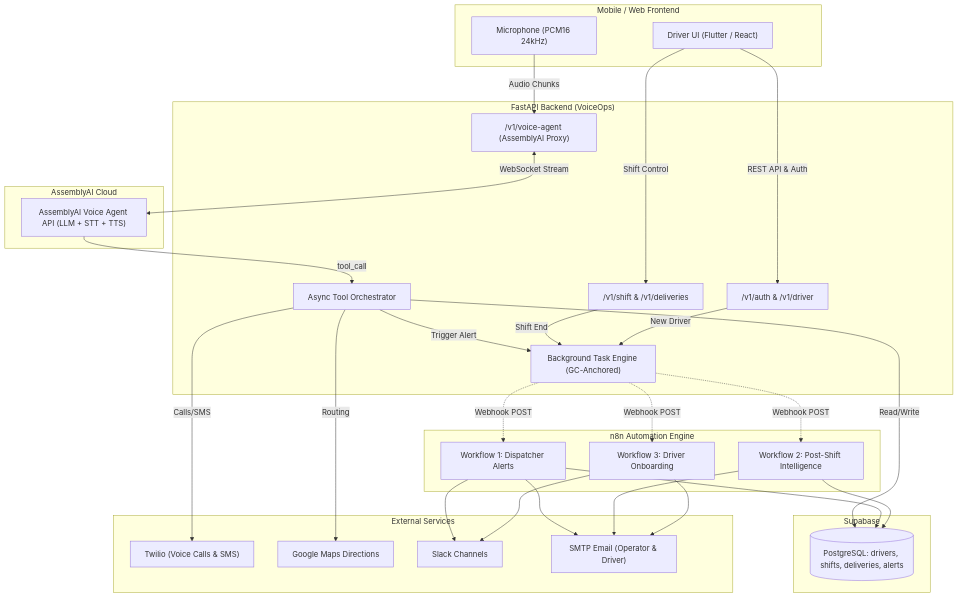
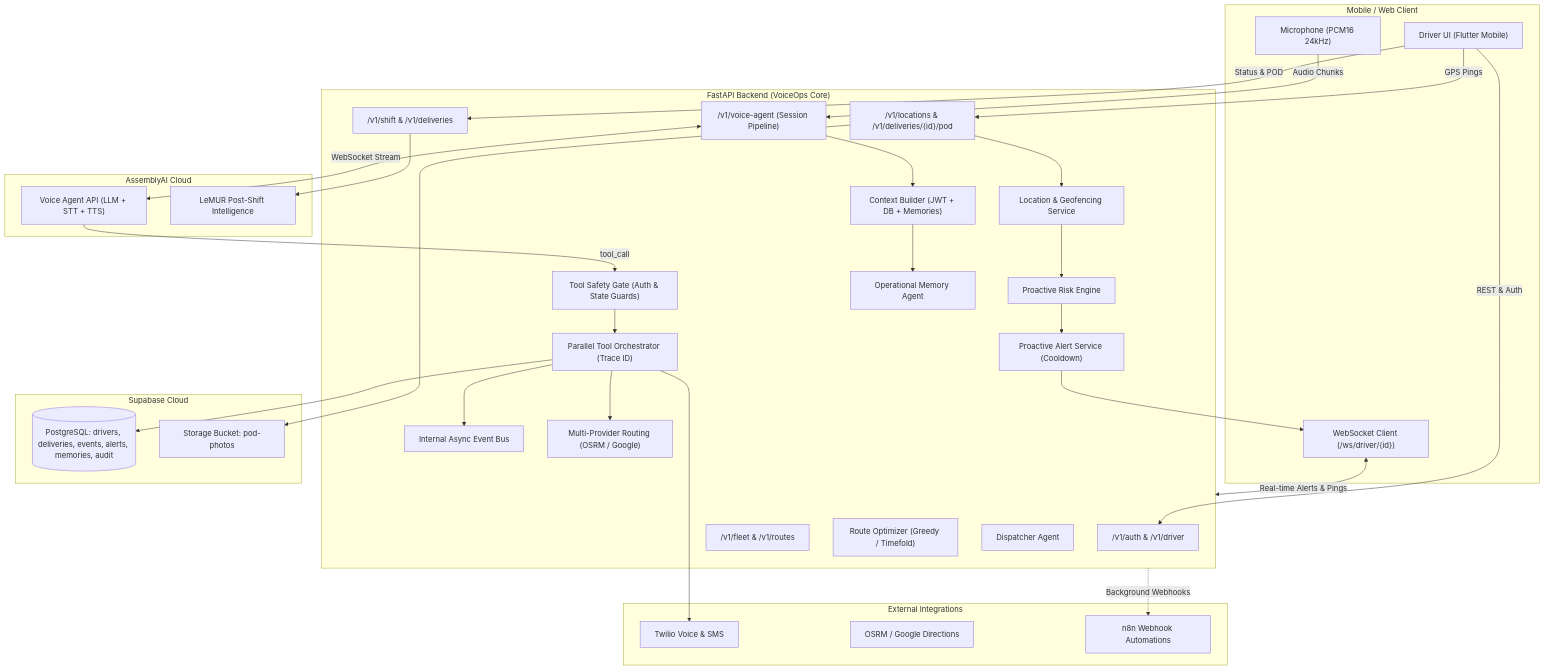
The diagram in voiceops-backend/README.md (MI-TECHDLIN/kora), drawn with Mermaid before and after one commit. The commit also changed other lines of this file and 36 other files, not shown here.

First line of the commit message:
feat(backend): implement Milestones 1-5 for VoiceOps platform

````diff
--- a/voiceops-backend/README.md
+++ b/voiceops-backend/README.md
@@ -22,56 +22,65 @@
 ```mermaid
 graph TD
-    subgraph Frontend["Mobile / Web Frontend"]
-        DriverUI["Driver UI (Flutter / React)"]
+    subgraph Frontend["Mobile / Web Client"]
+        DriverUI["Driver UI (Flutter Mobile)"]
         Mic["Microphone (PCM16 24kHz)"]
+        WSClient["WebSocket Client (/ws/driver/{id})"]
     end
 
-    subgraph Backend["FastAPI Backend (VoiceOps)"]
+    subgraph Backend["FastAPI Backend (VoiceOps Core)"]
         AuthAPI["/v1/auth & /v1/driver"]
         ShiftAPI["/v1/shift & /v1/deliveries"]
-        VoiceAgent["/v1/voice-agent (AssemblyAI Proxy)"]
-        ToolRunner["Async Tool Orchestrator"]
-        BGTasks["Background Task Engine (GC-Anchored)"]
+        LocationsAPI["/v1/locations & /v1/deliveries/{id}/pod"]
+        FleetAPI["/v1/fleet & /v1/routes"]
+        VoiceAgent["/v1/voice-agent (Session Pipeline)"]
+        ContextBuilder["Context Builder (JWT + DB + Memories)"]
+        SafetyGate["Tool Safety Gate (Auth & State Guards)"]
+        ToolRunner["Parallel Tool Orchestrator (Trace ID)"]
+        EventBus["Internal Async Event Bus"]
+        LocationIntel["Location & Geofencing Service"]
+        RiskEngine["Proactive Risk Engine"]
+        AlertService["Proactive Alert Service (Cooldown)"]
+        RoutingService["Multi-Provider Routing (OSRM / Google)"]
+        OptimizationService["Route Optimizer (Greedy / Timefold)"]
+        MemoryAgent["Operational Memory Agent"]
+        DispatcherAgent["Dispatcher Agent"]
     end
 
     subgraph VoiceAI["AssemblyAI Cloud"]
-        AAI_Agent["AssemblyAI Voice Agent API (LLM + STT + TTS)"]
+        AAI_Agent["Voice Agent API (LLM + STT + TTS)"]
+        LeMUR["LeMUR Post-Shift Intelligence"]
     end
 
-    subgraph DB["Supabase"]
-        SupaDB[("PostgreSQL: drivers, shifts, deliveries, alerts")]
+    subgraph Storage["Supabase Cloud"]
+        SupaDB[("PostgreSQL: drivers, deliveries, events, alerts, memories, audit")]
+        SupaStorage["Storage Bucket: pod-photos"]
     end
 
-    subgraph Automation["n8n Automation Engine"]
-        W1["Workflow 1: Dispatcher Alerts"]
-        W2["Workflow 2: Post-Shift Intelligence"]
-        W3["Workflow 3: Driver Onboarding"]
+    subgraph External["External Integrations"]
+        Twilio["Twilio Voice & SMS"]
+        OSRM["OSRM / Google Directions"]
+        n8n["n8n Webhook Automations"]
     end
 
-    subgraph External["External Services"]
-        Twilio["Twilio (Voice Calls & SMS)"]
-        GMaps["Google Maps Directions"]
-        Slack["Slack Channels"]
-        Email["SMTP Email (Operator & Driver)"]
-    end
-
-    DriverUI -->|REST API & Auth| AuthAPI
-    DriverUI -->|Shift Control| ShiftAPI
+    DriverUI -->|REST & Auth| AuthAPI
+    DriverUI -->|Status & POD| ShiftAPI
+    DriverUI -->|GPS Pings| LocationsAPI
+    WSClient <-->|Real-time Alerts & Pings| Backend
     Mic -->|Audio Chunks| VoiceAgent
+    VoiceAgent --> ContextBuilder
+    ContextBuilder --> MemoryAgent
     VoiceAgent <-->|WebSocket Stream| AAI_Agent
-    AAI_Agent -->|tool_call| ToolRunner
-    ToolRunner -->|Read/Write| SupaDB
-    ToolRunner -->|Calls/SMS| Twilio
-    ToolRunner -->|Routing| GMaps
-    ToolRunner -->|Trigger Alert| BGTasks
-    ShiftAPI -->|Shift End| BGTasks
-    AuthAPI -->|New Driver| BGTasks
-
-    BGTasks -.->|Webhook POST| W1
-    BGTasks -.->|Webhook POST| W2
-    BGTasks -.->|Webhook POST| W3
-
-    W1 --> Slack & Email & SupaDB
-    W2 --> Email & SupaDB
-    W3 --> Email & Slack
+    AAI_Agent -->|tool_call| SafetyGate
+    SafetyGate --> ToolRunner
+    ToolRunner --> SupaDB
+    ToolRunner --> EventBus
+    ToolRunner --> Twilio
+    ToolRunner --> RoutingService
+    LocationsAPI --> LocationIntel
+    LocationIntel --> RiskEngine
+    RiskEngine --> AlertService
+    AlertService --> WSClient
+    LocationsAPI --> SupaStorage
+    ShiftAPI --> LeMUR
+    Backend -.->|Background Webhooks| n8n
 ```
````
